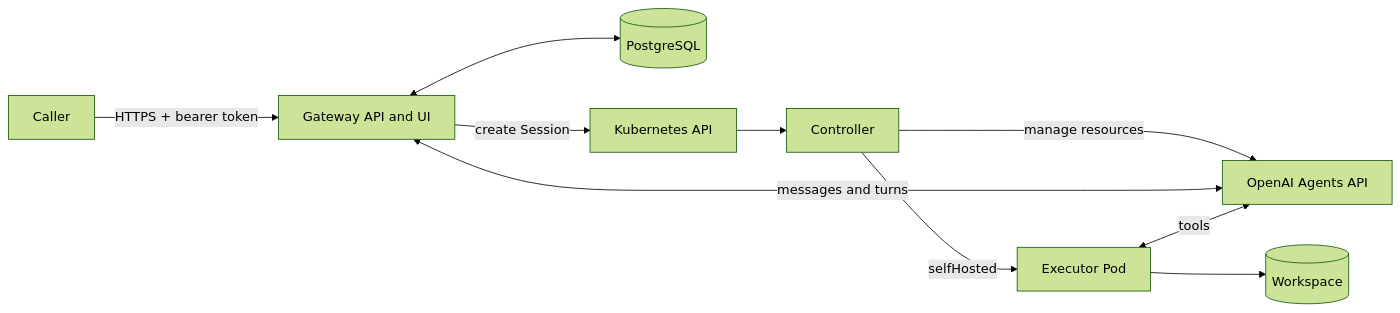
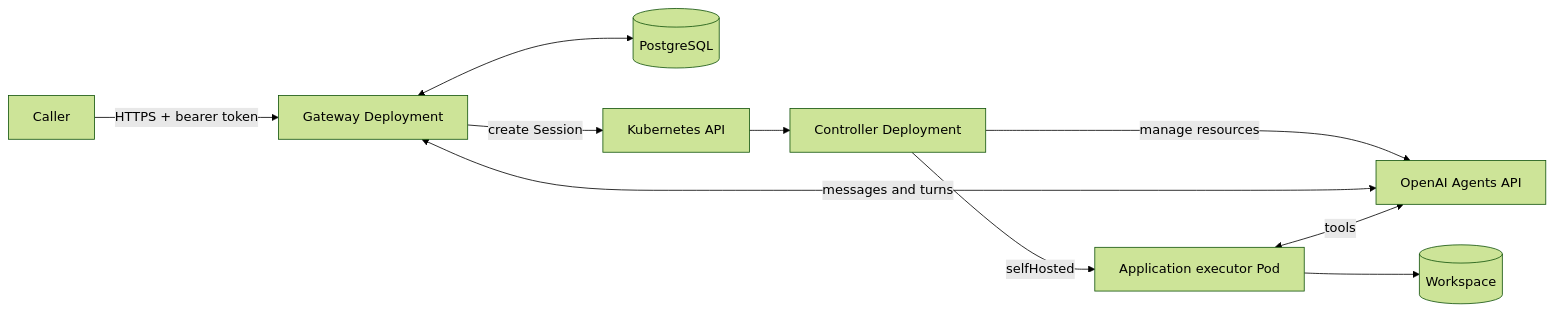
Before and after one commit to softcane/codex-session-operator: the diagram in docs/architecture.md, drawn with Mermaid (forest theme). The commit also changed other lines of this file and 248 other files, not shown here.

````diff
--- a/docs/architecture.md
+++ b/docs/architecture.md
@@ -5,12 +5,12 @@
 ```mermaid
 flowchart LR
-    U[Caller] -->|HTTPS + bearer token| G[Gateway API and UI]
+    U[Caller] -->|HTTPS + bearer token| G[Gateway Deployment]
     G <--> P[(PostgreSQL)]
     G -->|create Session| K[Kubernetes API]
-    K --> O[Controller]
+    K --> O[Controller Deployment]
     O -->|manage resources| A[OpenAI Agents API]
     G <-->|messages and turns| A
-    O -->|selfHosted| E[Executor Pod]
+    O -->|selfHosted| E[Application executor Pod]
     E --> W[(Workspace)]
     E <-->|tools| A
 ```
````
